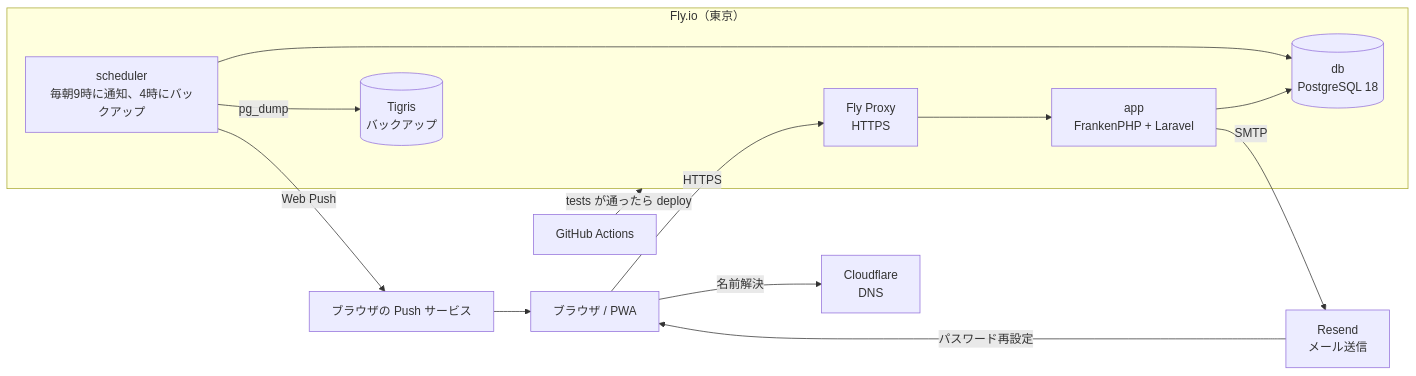
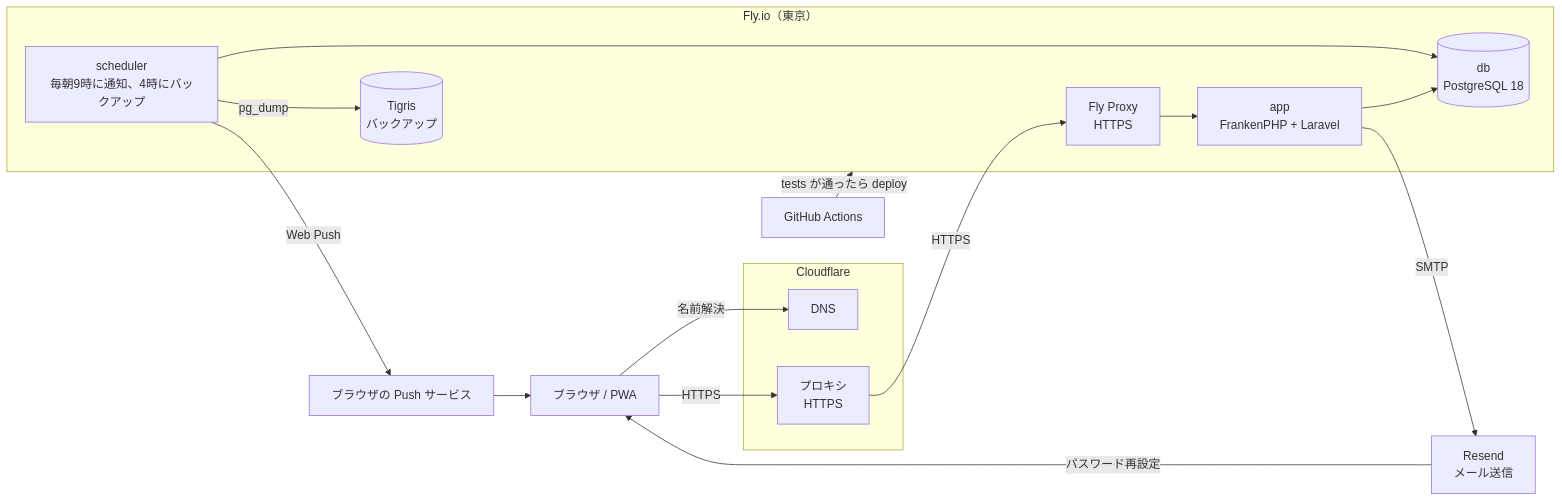
Before and after one commit to YUTOKONISHI/stock-reminder: the diagram in README.md, drawn with Mermaid. The commit also changed other lines of this file and 1 other file, not shown here.

Commit message:
Cloudflare のプロキシを通した結果を計画書と README に書く (#74)
* Cloudflare のプロキシの計画書に手順1から5の結果を追記する

手順5に書いた画面の場所が今のダッシュボードと違っていたので、訂正も書く。

* Cloudflare のプロキシを通した結果を計画書と README に書く

---------

````diff
--- a/README.md
+++ b/README.md
@@ -36,26 +37,29 @@
 ```mermaid
 flowchart LR
     user["ブラウザ / PWA"]
 
-    dns["Cloudflare<br>DNS"]
+    subgraph cf["Cloudflare"]
+        dns["DNS"]
+        cdn["プロキシ<br>HTTPS"]
+    end
 
     subgraph fly["Fly.io（東京）"]
         proxy["Fly Proxy<br>HTTPS"]
         app["app<br>FrankenPHP + Laravel"]
         scheduler["scheduler<br>毎朝9時に通知、4時にバックアップ"]
         db[("db<br>PostgreSQL 18")]
         tigris[("Tigris<br>バックアップ")]
     end
 
     resend["Resend<br>メール送信"]
     push["ブラウザの Push サービス"]
     gha["GitHub Actions"]
 
     user -->|名前解決| dns
-    user -->|HTTPS| proxy --> app --> db
+    user -->|HTTPS| cdn -->|HTTPS| proxy --> app --> db
     scheduler --> db
     scheduler -->|pg_dump| tigris
     scheduler -->|Web Push| push --> user
     app -->|SMTP| resend -->|パスワード再設定| user
     gha -->|tests が通ったら deploy| fly
 ```
````
